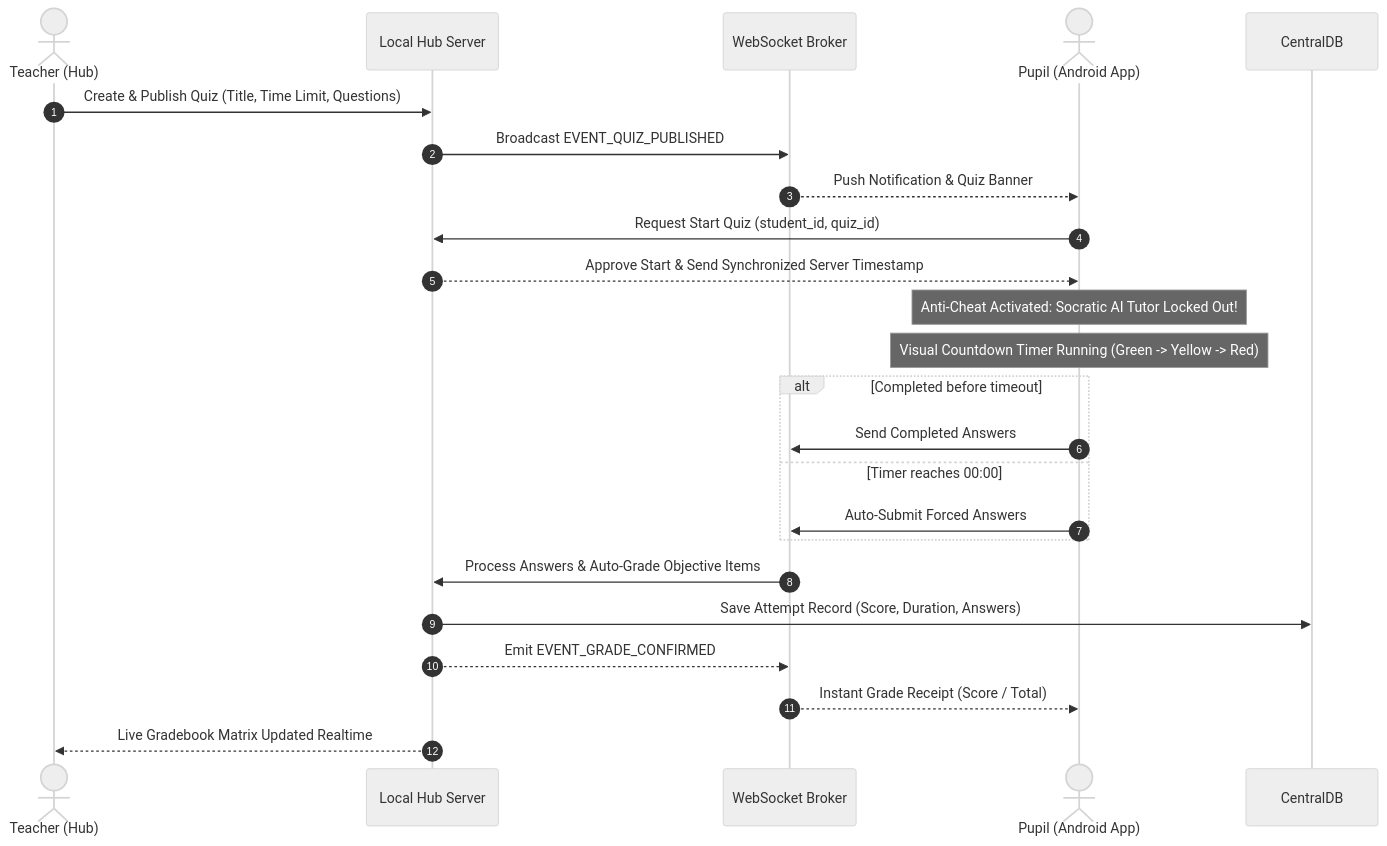
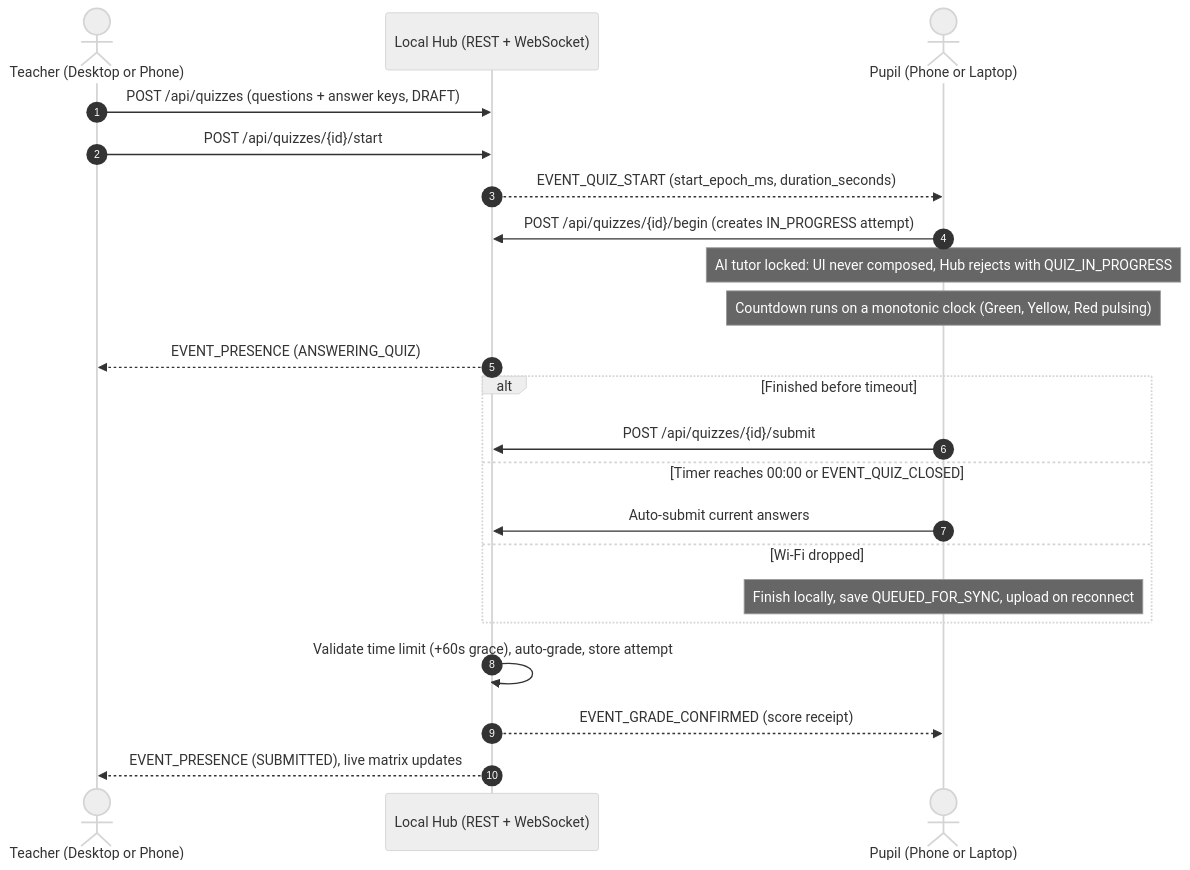
Before and after one commit to BootlegYouki/L.A.R.A: the second of 3 diagrams in README.md, drawn with Mermaid (neutral theme). The commit also changed other lines of this file and 28 other files, not shown here.

````diff
--- a/README.md
+++ b/README.md
@@ -69,26 +103,25 @@
 ```mermaid
 sequenceDiagram
  autonumber
- actor Teacher as Teacher (Hub)
- participant Hub as Local Hub Server
- participant WS as WebSocket Broker
- actor Pupil as Pupil (Android App)
+ actor Teacher as Teacher (Desktop or Phone)
+ participant Hub as Local Hub (REST + WebSocket)
+ actor Pupil as Pupil (Phone or Laptop)
 
- Teacher->>Hub: Create & Publish Quiz (Title, Time Limit, Questions)
- Hub->>WS: Broadcast EVENT_QUIZ_PUBLISHED
- WS-->>Pupil: Push Notification & Quiz Banner
- Pupil->>Hub: Request Start Quiz (student_id, quiz_id)
- Hub-->>Pupil: Approve Start & Send Synchronized Server Timestamp
- Note over Pupil: Anti-Cheat Activated: Socratic AI Tutor Locked Out!
- Note over Pupil: Visual Countdown Timer Running (Green -> Yellow -> Red)
- alt Completed before timeout
- Pupil->>WS: Send Completed Answers
- else Timer reaches 00:00
- Pupil->>WS: Auto-Submit Forced Answers
+ Teacher->>Hub: POST /api/quizzes (questions + answer keys, DRAFT)
+ Teacher->>Hub: POST /api/quizzes/{id}/start
+ Hub-->>Pupil: EVENT_QUIZ_START (start_epoch_ms, duration_seconds)
+ Pupil->>Hub: POST /api/quizzes/{id}/begin (creates IN_PROGRESS attempt)
+ Note over Pupil: AI tutor locked: UI never composed, Hub rejects with QUIZ_IN_PROGRESS
+ Note over Pupil: Countdown runs on a monotonic clock (Green, Yellow, Red pulsing)
+ Hub-->>Teacher: EVENT_PRESENCE (ANSWERING_QUIZ)
+ alt Finished before timeout
+ Pupil->>Hub: POST /api/quizzes/{id}/submit
+ else Timer reaches 00:00 or EVENT_QUIZ_CLOSED
+ Pupil->>Hub: Auto-submit current answers
+ else Wi-Fi dropped
+ Note over Pupil: Finish locally, save QUEUED_FOR_SYNC, upload on reconnect
  end
- WS->>Hub: Process Answers & Auto-Grade Objective Items
- Hub->>CentralDB: Save Attempt Record (Score, Duration, Answers)
- Hub-->>WS: Emit EVENT_GRADE_CONFIRMED
- WS-->>Pupil: Instant Grade Receipt (Score / Total)
- Hub-->>Teacher: Live Gradebook Matrix Updated Realtime
+ Hub->>Hub: Validate time limit (+60s grace), auto-grade, store attempt
+ Hub-->>Pupil: EVENT_GRADE_CONFIRMED (score receipt)
+ Hub-->>Teacher: EVENT_PRESENCE (SUBMITTED), live matrix updates
 ```
````
